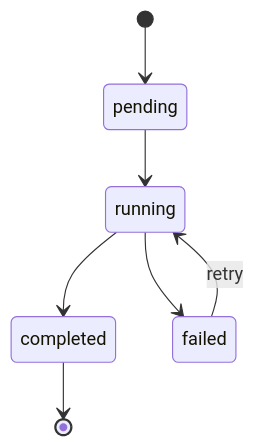
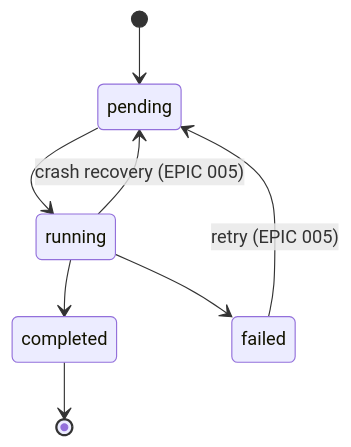
Before and after one commit to kanthorlabs/kanthord: the second of 4 diagrams in docs/flowchart/002.md, drawn with Mermaid. The commit also changed other lines of this file and 15 other files, not shown here.

Commit message:
docs: author EPIC 005 story/task list, debate-reviewed; amend EPIC 002/003 contracts; add flowchart 005

````diff
--- a/docs/flowchart/002.md
+++ b/docs/flowchart/002.md
@@ -47,9 +47,10 @@
 ```mermaid
 stateDiagram-v2
     [*] --> pending
     pending --> running
     running --> completed
     running --> failed
-    failed --> running : retry
+    failed --> pending : retry (EPIC 005)
+    running --> pending : crash recovery (EPIC 005)
     completed --> [*]
 ```
````
